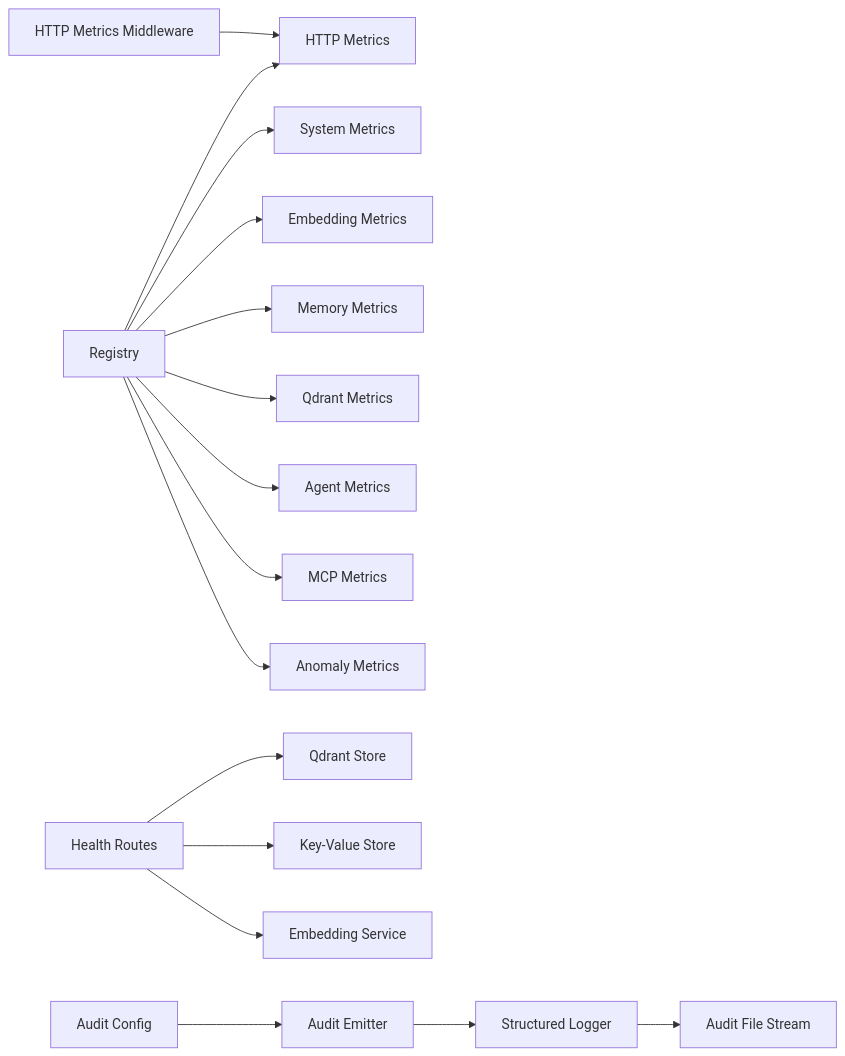
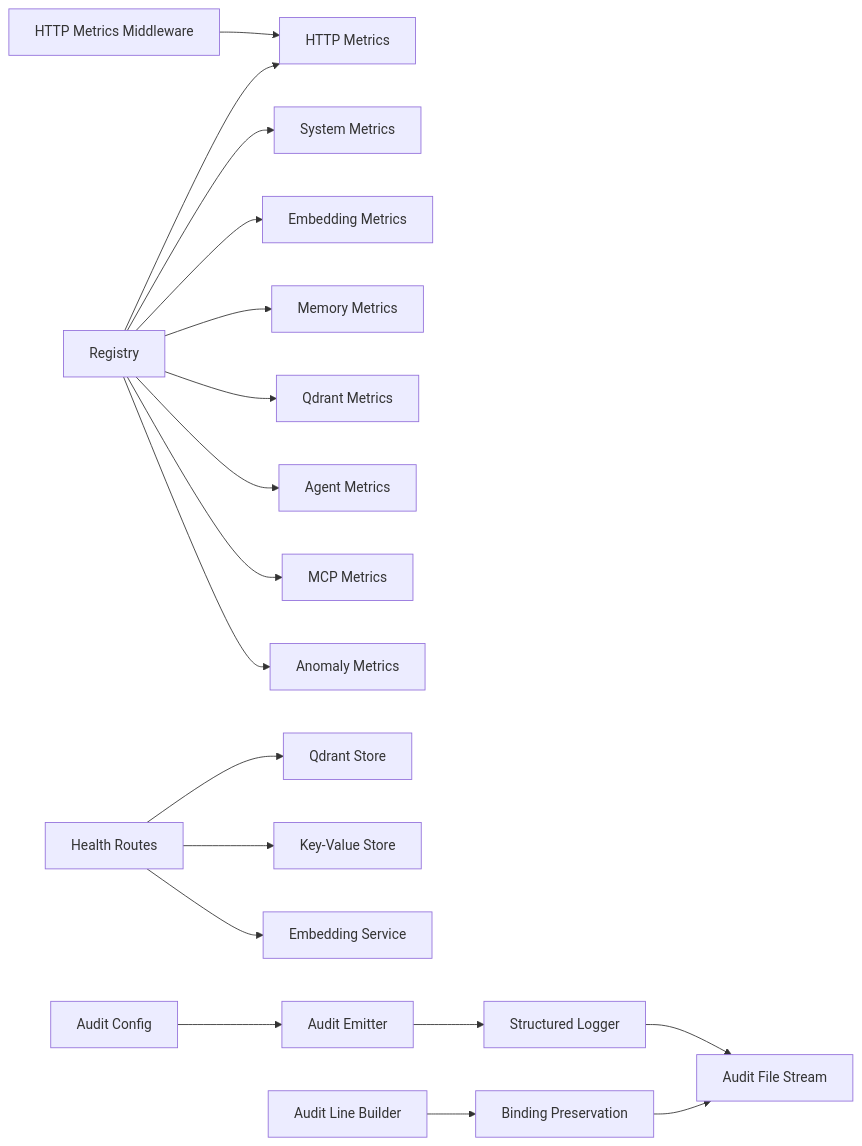
Before and after one commit to debian777/kairos-mcp: the seventh of 7 diagrams in .qoder/repowiki/en/content/Monitoring & Observability.md, drawn with Mermaid. The commit also changed other lines of this file and 4 other files, not shown here.

````diff
--- a/.qoder/repowiki/en/content/Monitoring & Observability.md
+++ b/.qoder/repowiki/en/content/Monitoring & Observability.md
@@ -473,18 +497,20 @@
 ```mermaid
 graph LR
 Reg["Registry"] --> HM["HTTP Metrics"]
 Reg --> SM["System Metrics"]
 Reg --> EM["Embedding Metrics"]
 Reg --> MM["Memory Metrics"]
 Reg --> QM["Qdrant Metrics"]
 Reg --> AM["Agent Metrics"]
 Reg --> CM["MCP Metrics"]
 Reg --> AN["Anomaly Metrics"]
 MW["HTTP Metrics Middleware"] --> HM
 HS["Health Routes"] --> Q["Qdrant Store"]
 HS --> KV["Key-Value Store"]
 HS --> ES["Embedding Service"]
 AC["Audit Config"] --> AE["Audit Emitter"]
 AE --> SL["Structured Logger"]
 SL --> AF["Audit File Stream"]
+ALS["Audit Line Builder"] --> BP["Binding Preservation"]
+BP --> AF
 ```
````
